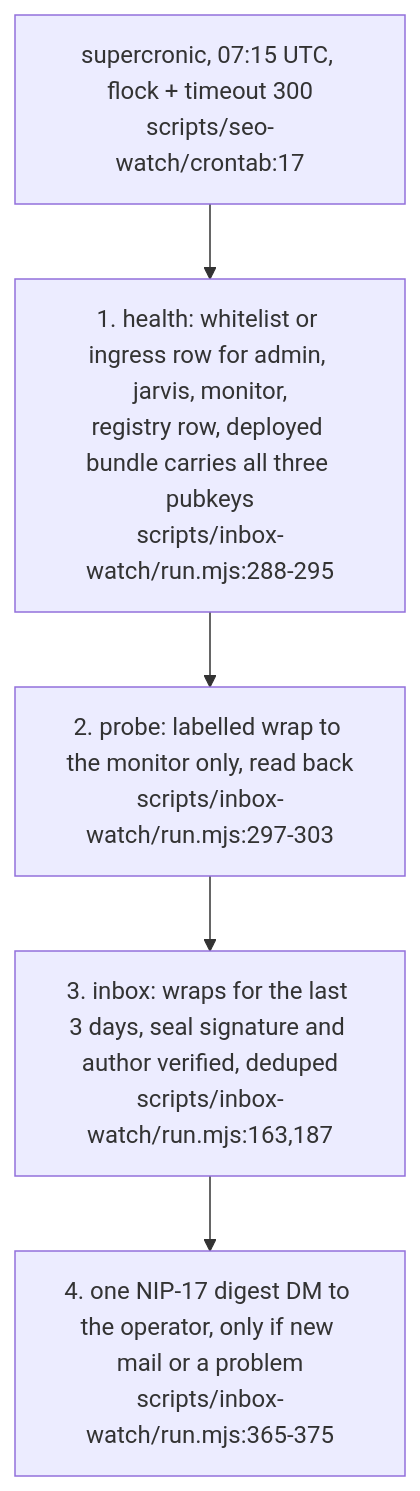
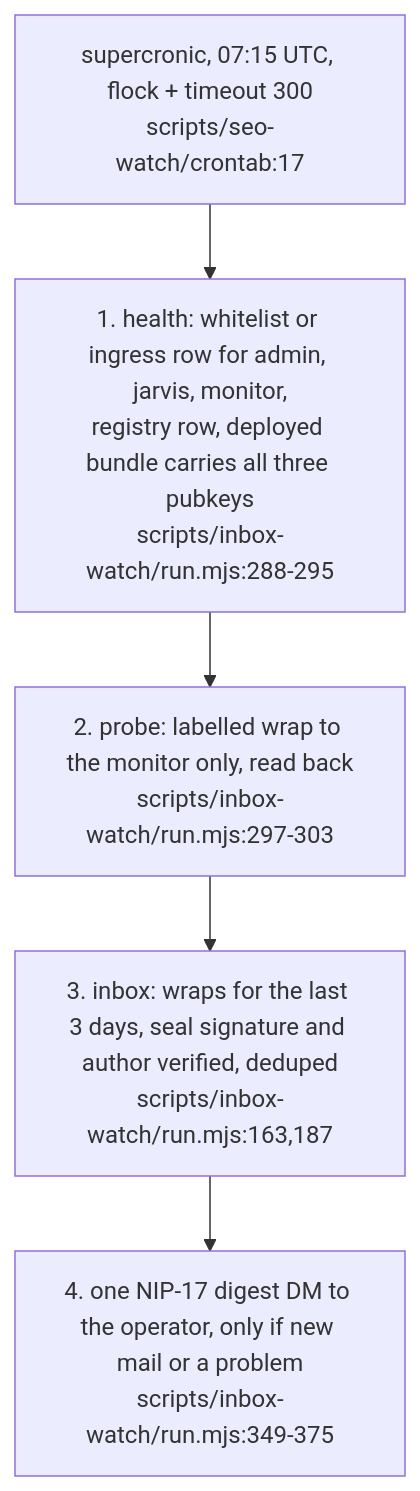
The sixth of 6 diagrams in docs/diagrams/dreamlab-ai-website/07-forum-provisioning-and-seeding.md (DreamLab-AI/VisionFlow), drawn with Mermaid before and after one commit. The commit also changed 39 other files, not shown here.

````diff
--- a/docs/diagrams/dreamlab-ai-website/07-forum-provisioning-and-seeding.md
+++ b/docs/diagrams/dreamlab-ai-website/07-forum-provisioning-and-seeding.md
@@ -102,7 +102,7 @@
 ```mermaid
 flowchart TB
     CRON["supercronic, 07:15 UTC, flock + timeout 300<br/>scripts/seo-watch/crontab:17"] --> HEALTH["1. health: whitelist or ingress row for admin, jarvis, monitor,<br/>registry row, deployed bundle carries all three pubkeys<br/>scripts/inbox-watch/run.mjs:288-295"]
     HEALTH --> PROBE["2. probe: labelled wrap to the monitor only, read back<br/>scripts/inbox-watch/run.mjs:297-303"]
     PROBE --> INBOX["3. inbox: wraps for the last 3 days, seal signature and author verified, deduped<br/>scripts/inbox-watch/run.mjs:163,187"]
-    INBOX --> ALERT["4. one NIP-17 digest DM to the operator, only if new mail or a problem<br/>scripts/inbox-watch/run.mjs:365-375"]
+    INBOX --> ALERT["4. one NIP-17 digest DM to the operator, only if new mail or a problem<br/>scripts/inbox-watch/run.mjs:349-375"]
 ```
````
